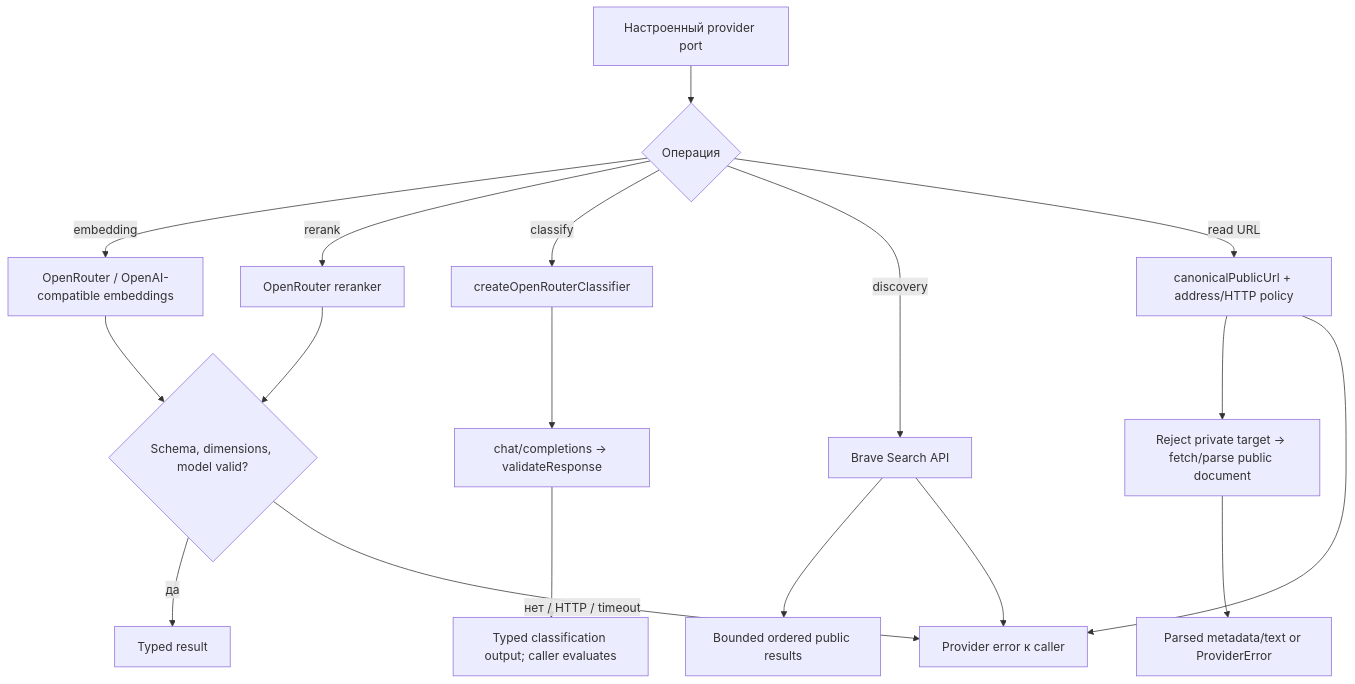
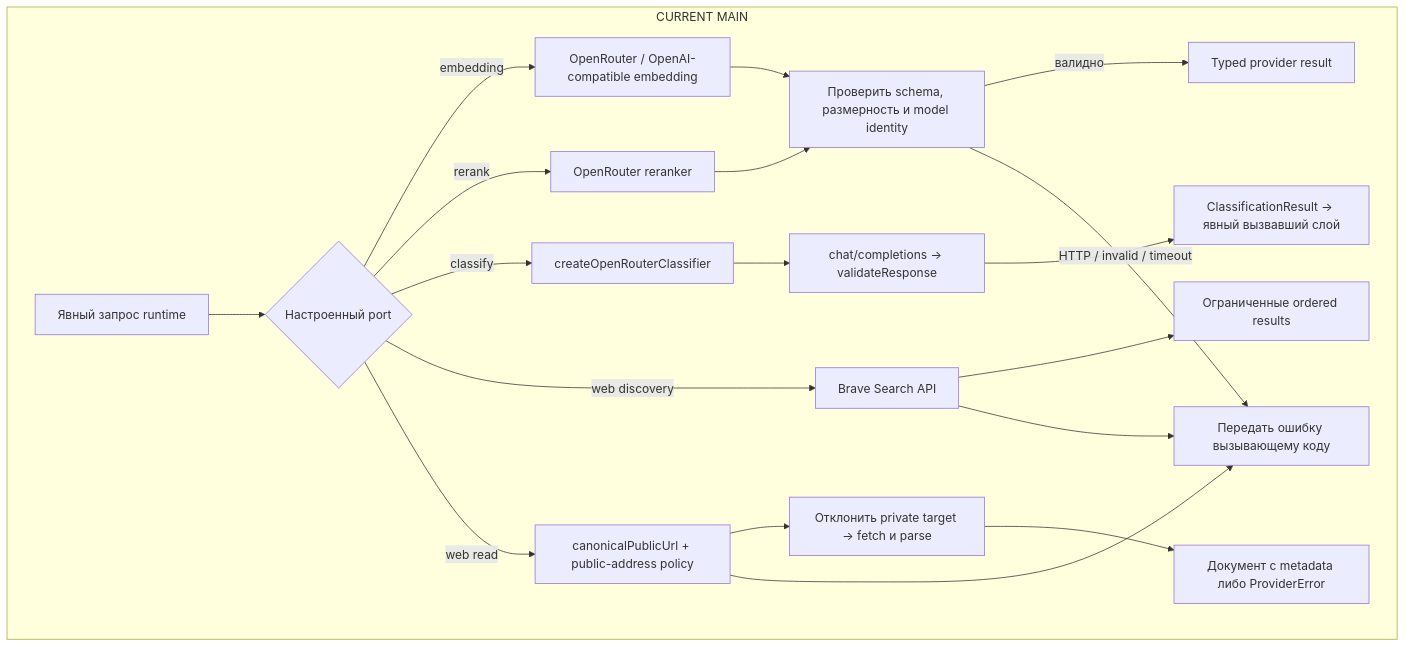
Before and after one commit to zoomplus/zorya-search: the first of 3 diagrams in src/providers/README.md, drawn with Mermaid. The commit also changed other lines of this file and 5 other files, not shown here.

Commit message:
docs: detail Jev decisions and retrieval service flows

````diff
--- a/src/providers/README.md
+++ b/src/providers/README.md
@@ -5,21 +7,22 @@
 ```mermaid
 flowchart TD
- A["Настроенный provider port"] --> B{"Операция"}
- B -->|"embedding"| C["OpenRouter / OpenAI-compatible embeddings"]
- B -->|"rerank"| D["OpenRouter reranker"]
- B -->|"classify"| E["createOpenRouterClassifier"]
- B -->|"discovery"| F["Brave Search API"]
- B -->|"read URL"| G["canonicalPublicUrl + address/HTTP policy"]
- C --> H{"Schema, dimensions, model valid?"}
- D --> H
- E --> I["chat/completions → validateResponse"]
- I --> J["Typed classification output; caller evaluates"]
- F --> K["Bounded ordered public results"]
- G --> L["Reject private target → fetch/parse public document"]
- L --> M["Parsed metadata/text or ProviderError"]
- H -->|"да"| N["Typed result"]
- H -->|"нет / HTTP / timeout"| O["Provider error к caller"]
- F --> O
- G --> O
-
+ subgraph main["CURRENT MAIN"]
+  A["Явный запрос runtime"] --> B{"Настроенный port"}
+  B -->|"embedding"| C["OpenRouter / OpenAI-compatible embedding"]
+  B -->|"rerank"| D["OpenRouter reranker"]
+  B -->|"classify"| E["createOpenRouterClassifier"]
+  B -->|"web discovery"| F["Brave Search API"]
+  B -->|"web read"| G["canonicalPublicUrl + public-address policy"]
+  C --> H["Проверить schema, размерность и model identity"]
+  D --> H
+  E --> I["chat/completions → validateResponse"]
+  I --> J["ClassificationResult → явный вызвавший слой"]
+  F --> K["Ограниченные ordered results"]
+  G --> L["Отклонить private target → fetch и parse"]
+  L --> M["Документ с metadata либо ProviderError"]
+  H -->|"валидно"| N["Typed provider result"]
+  H -->|"HTTP / invalid / timeout"| O["Передать ошибку вызывающему коду"]
+  F --> O
+  G --> O
+ end
 ```
````
